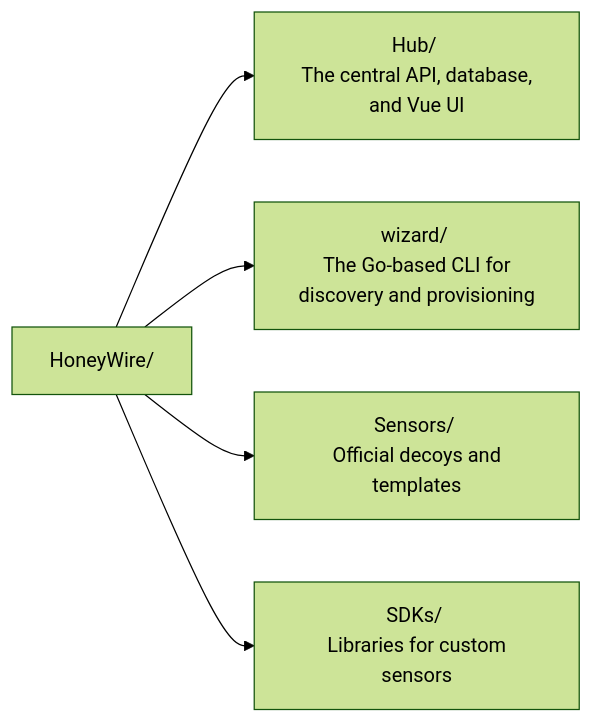
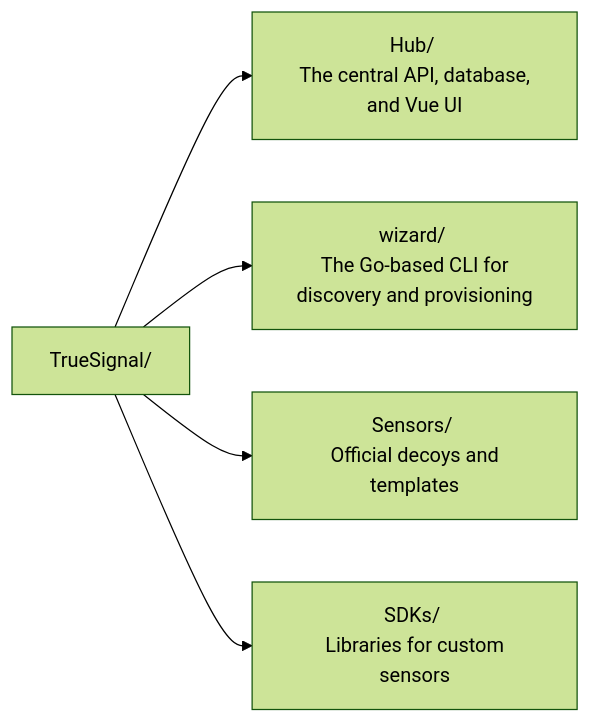
The sixth of 7 diagrams in Docs/architecture/README.md (mahmoudahmed3132/TrueSignal), drawn with Mermaid (forest theme) before and after one commit. The commit also changed other lines of this file and 181 other files, not shown here.

First line of the commit message:
Rebrand HoneyWire to TrueSignal

````diff
--- a/Docs/architecture/README.md
+++ b/Docs/architecture/README.md
@@ -180,8 +180,8 @@
 ```mermaid
 graph LR
-    Repo[HoneyWire/]
+    Repo[TrueSignal/]
     Repo --> Hub[Hub/ <br/> The central API, database, and Vue UI]
     Repo --> Wizard[wizard/ <br/> The Go-based CLI for discovery and provisioning]
     Repo --> Sensors[Sensors/ <br/> Official decoys and templates]
     Repo --> SDKs[SDKs/ <br/> Libraries for custom sensors]
 ```
````
